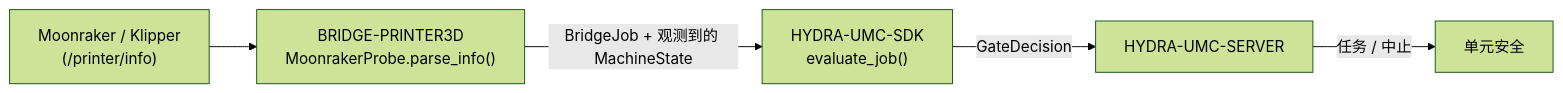
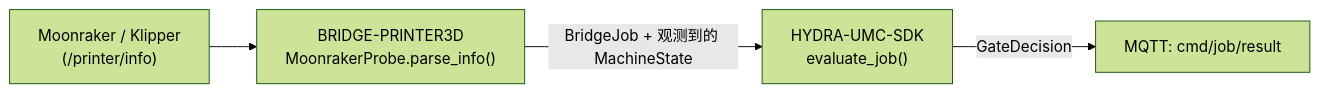
One commit to JuanenRac/HYDRA-UMC-BRIDGE-PRINTER3D changed the diagram in README_zho.md. Above: the diagram before and after it, drawn with Mermaid (forest theme). The commit also changed other lines of this file and 21 other files, not shown here.

````diff
--- a/README_zho.md
+++ b/README_zho.md
@@ -50,7 +51,6 @@
 ```mermaid
 flowchart LR
     PRINTER["Moonraker / Klipper<br/>(/printer/info)"] --> BRIDGE["BRIDGE-PRINTER3D<br/>MoonrakerProbe.parse_info()"]
     BRIDGE -- "BridgeJob + 观测到的 MachineState" --> SDK["HYDRA-UMC-SDK<br/>evaluate_job()"]
-    SDK -- GateDecision --> SERVER["HYDRA-UMC-SERVER"]
-    SERVER -- "任务 / 中止" --> CELL["单元安全"]
+    SDK -- GateDecision --> RESULT["MQTT: cmd/job/result"]
 ```
````
